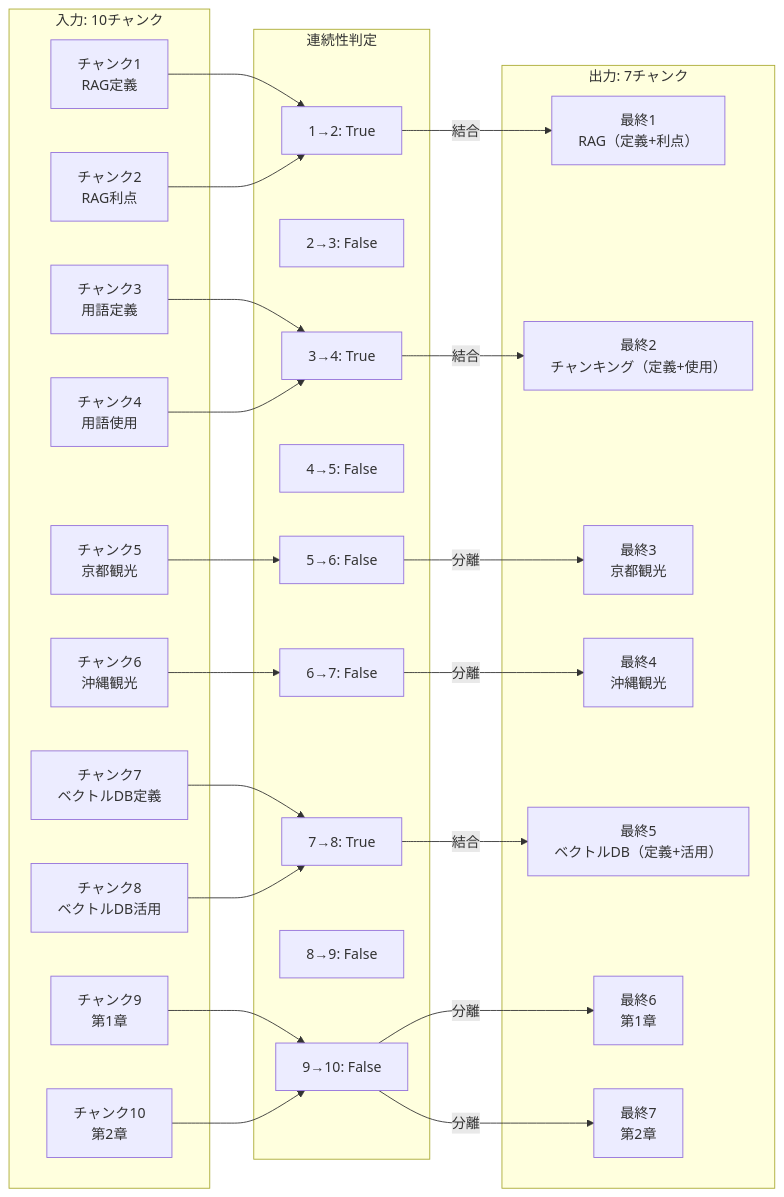
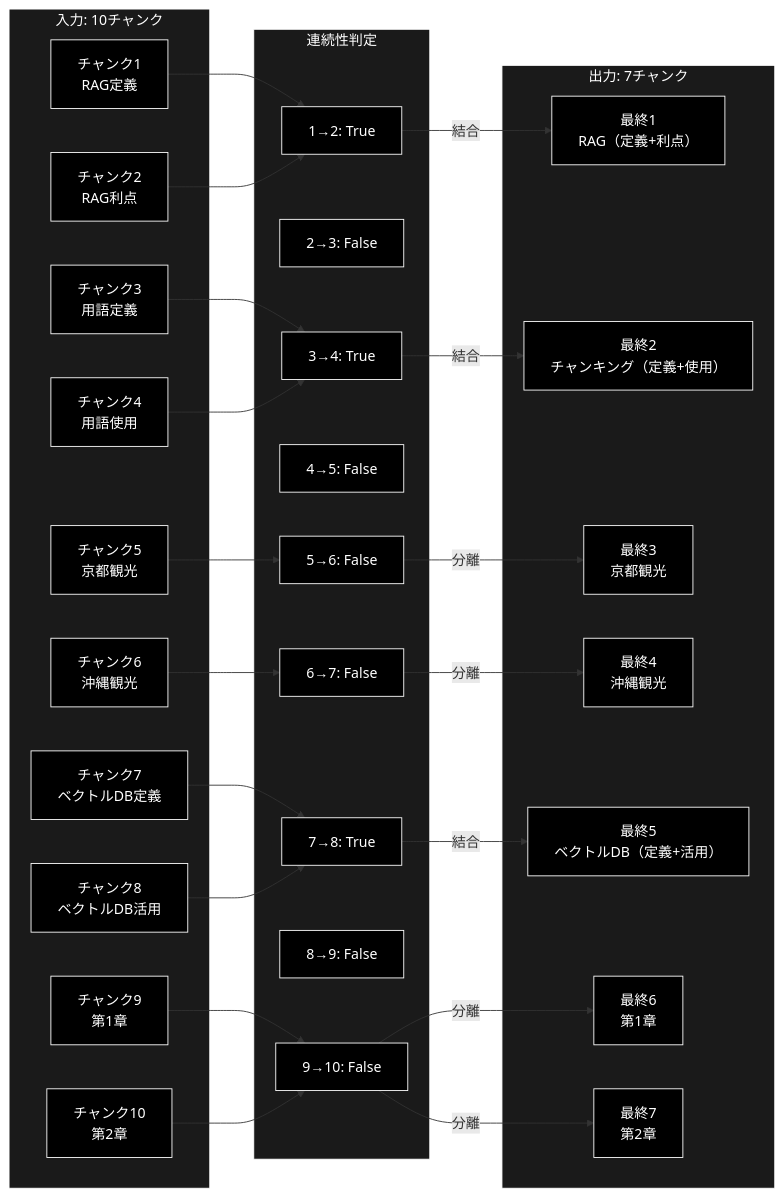
Before and after one commit to nakashima2toshio/ollama_grace_agent_v2: the sixth of 6 diagrams in chunking/doc/step3.md, drawn with Mermaid. The commit also changed other lines of this file and 13 other files, not shown here.

````diff
--- a/chunking/doc/step3.md
+++ b/chunking/doc/step3.md
@@ -645,61 +675,67 @@
 ```mermaid
 flowchart LR
     subgraph INPUT["入力: 10チャンク"]
         C1["チャンク1<br/>RAG定義"]
         C2["チャンク2<br/>RAG利点"]
         C3["チャンク3<br/>用語定義"]
         C4["チャンク4<br/>用語使用"]
         C5["チャンク5<br/>京都観光"]
         C6["チャンク6<br/>沖縄観光"]
         C7["チャンク7<br/>ベクトルDB定義"]
         C8["チャンク8<br/>ベクトルDB活用"]
         C9["チャンク9<br/>第1章"]
         C10["チャンク10<br/>第2章"]
     end
 
     subgraph JUDGE["連続性判定"]
         J1["1→2: True"]
         J2["2→3: False"]
         J3["3→4: True"]
         J4["4→5: False"]
         J5["5→6: False"]
         J6["6→7: False"]
         J7["7→8: True"]
         J8["8→9: False"]
         J9["9→10: False"]
     end
 
     subgraph OUTPUT["出力: 7チャンク"]
         F1["最終1<br/>RAG（定義+利点）"]
         F2["最終2<br/>チャンキング（定義+使用）"]
         F3["最終3<br/>京都観光"]
         F4["最終4<br/>沖縄観光"]
         F5["最終5<br/>ベクトルDB（定義+活用）"]
         F6["最終6<br/>第1章"]
         F7["最終7<br/>第2章"]
     end
 
     C1 --> J1
     C2 --> J1
     J1 -->|結合| F1
 
     C3 --> J3
     C4 --> J3
     J3 -->|結合| F2
 
     C5 --> J5
     J5 -->|分離| F3
 
     C6 --> J6
     J6 -->|分離| F4
 
     C7 --> J7
     C8 --> J7
     J7 -->|結合| F5
 
     C9 --> J9
     J9 -->|分離| F6
 
     C10 --> J9
     J9 -->|分離| F7
+classDef default fill:#000,stroke:#fff,color:#fff
+classDef subgraphStyle fill:#1a1a1a,stroke:#fff,color:#fff
+class C1,C2,C3,C4,C5,C6,C7,C8,C9,C10,J1,J2,J3,J4,J5,J6,J7,J8,J9,F1,F2,F3,F4,F5,F6,F7 default
+style INPUT fill:#1a1a1a,stroke:#fff,color:#fff
+style JUDGE fill:#1a1a1a,stroke:#fff,color:#fff
+style OUTPUT fill:#1a1a1a,stroke:#fff,color:#fff
 ```
````
